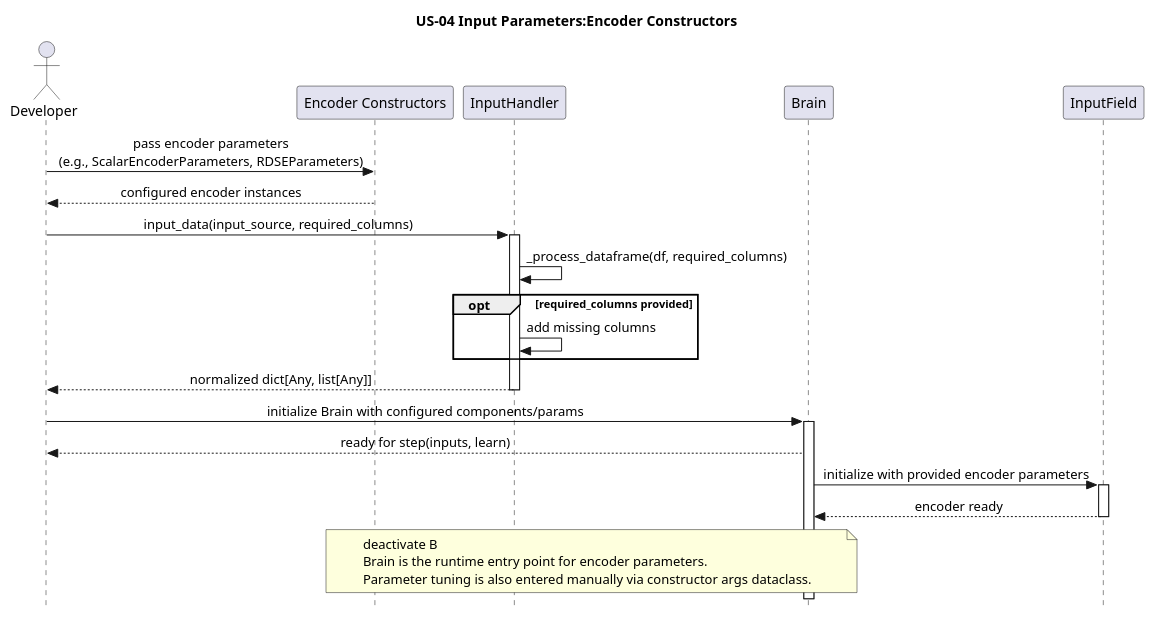
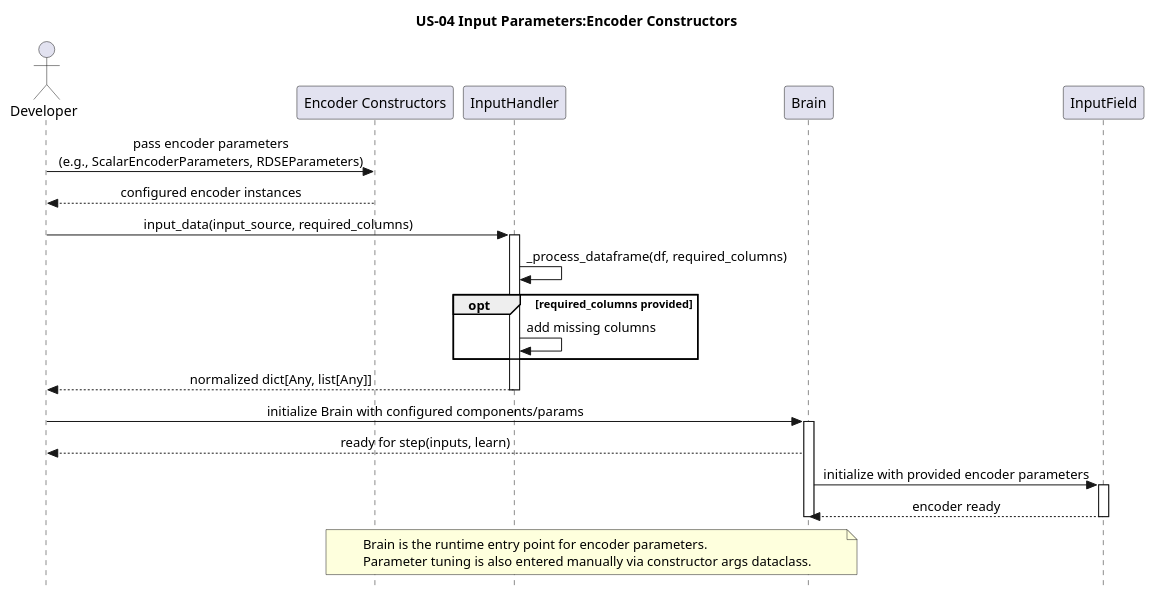
Before and after one commit to egrembocki/htmrl: the diagram in docs/puml/US/us-04.puml, drawn with PlantUML. The commit also changed 1 other file, not shown here.

```diff
--- a/docs/puml/US/us-04.puml
+++ b/docs/puml/US/us-04.puml
@@ -1,39 +1,40 @@
 @startuml
 skinparam style strictuml
 skinparam sequenceMessageAlign center
 skinparam responseMessageBelowArrow true
 title US-04 Input Parameters:Encoder Constructors
 
 actor Developer
 participant "Encoder Constructors" as EC
 participant "InputHandler" as IH
 participant "Brain" as B
 participant "InputField" as IFTS
 
 Developer -> EC: pass encoder parameters\n(e.g., ScalarEncoderParameters, RDSEParameters)
 EC --> Developer: configured encoder instances
 
 Developer -> IH: input_data(input_source, required_columns)
 activate IH
 IH -> IH: _process_dataframe(df, required_columns)
 opt required_columns provided
   IH -> IH: add missing columns
 end
 IH --> Developer: normalized dict[Any, list[Any]]
 deactivate IH
 
 Developer -> B: initialize Brain with configured components/params
 activate B
 B --> Developer: ready for step(inputs, learn)
 
 B -> IFTS: initialize with provided encoder parameters
 activate IFTS
 IFTS --> B: encoder ready
 deactivate IFTS
 
+deactivate B
+
 note over EC,B
-deactivate B
 Brain is the runtime entry point for encoder parameters.
 Parameter tuning is also entered manually via constructor args dataclass.
 end note
 @enduml
```
